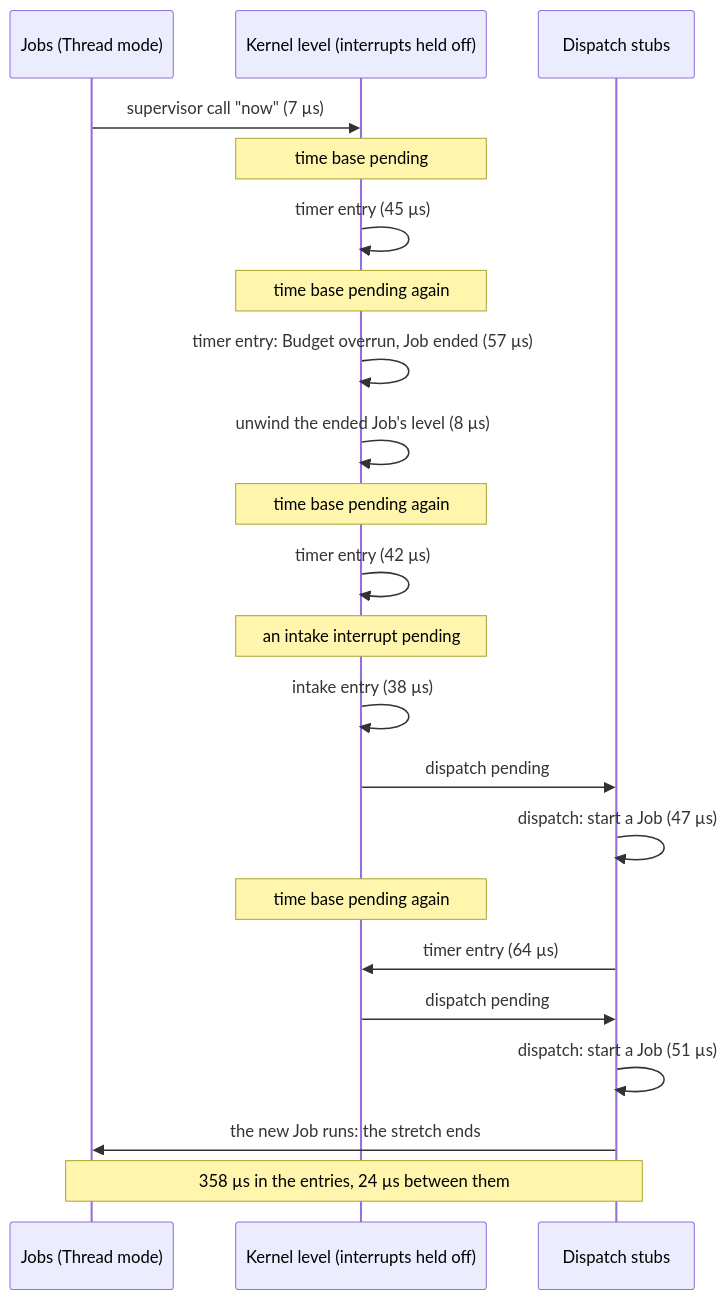
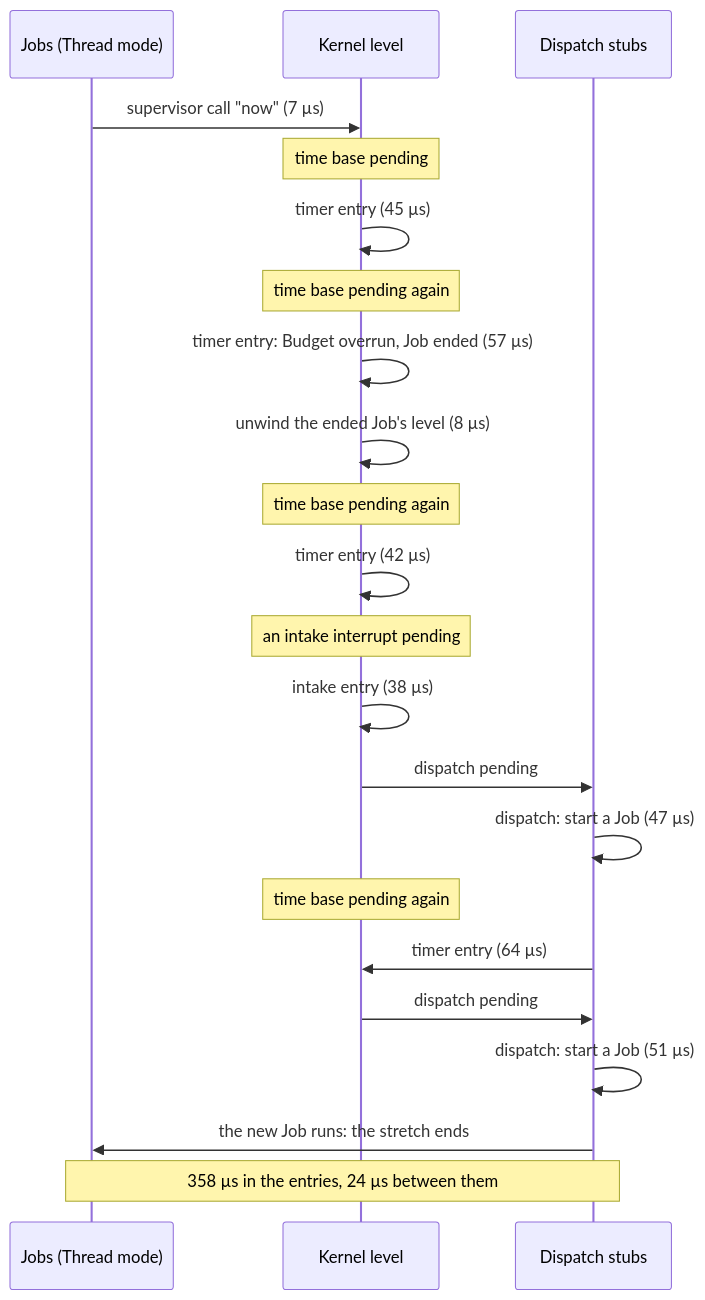
Before and after one commit to mars2292-umn/Kiro-experimentation: diagram 11 of 12 in IronOxide/docs/diagrams_runtime.md, drawn with Mermaid. The commit also changed other lines of this file and 14 other files, not shown here.

````diff
--- a/IronOxide/docs/diagrams_runtime.md
+++ b/IronOxide/docs/diagrams_runtime.md
@@ -272,25 +272,25 @@
 ```mermaid
 sequenceDiagram
     participant J as Jobs (Thread mode)
-    participant K as Kernel level (interrupts held off)
+    participant K as Kernel level
     participant D as Dispatch stubs
 
     J->>K: supervisor call "now" (7 µs)
     Note over K: time base pending
     K->>K: timer entry (45 µs)
     Note over K: time base pending again
     K->>K: timer entry: Budget overrun, Job ended (57 µs)
     K->>K: unwind the ended Job's level (8 µs)
     Note over K: time base pending again
     K->>K: timer entry (42 µs)
     Note over K: an intake interrupt pending
     K->>K: intake entry (38 µs)
     K->>D: dispatch pending
     D->>D: dispatch: start a Job (47 µs)
     Note over K: time base pending again
     D->>K: timer entry (64 µs)
     K->>D: dispatch pending
     D->>D: dispatch: start a Job (51 µs)
     D->>J: the new Job runs: the stretch ends
     Note over J,D: 358 µs in the entries, 24 µs between them
 ```
````
